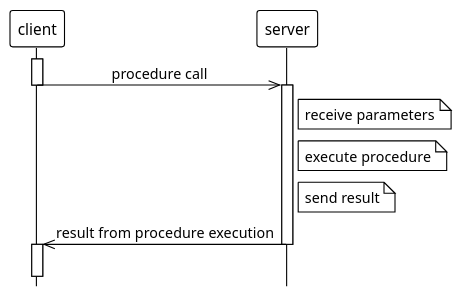
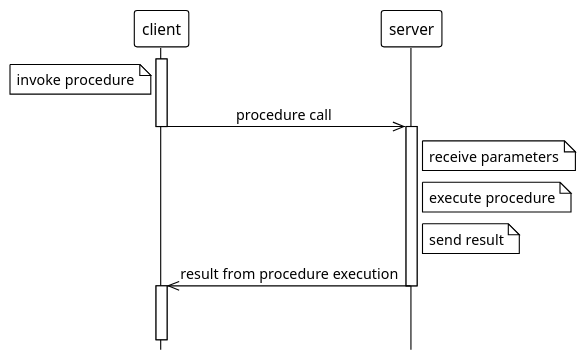
One commit to c0p4c4b4n4/grpc-grpc-java changed the diagram in grpc-java-examples/images/RPC.puml. Above: the diagram before and after it, drawn with PlantUML. The commit also changed 3 other files, not shown here.

```diff
--- a/grpc-java-examples/images/RPC.puml
+++ b/grpc-java-examples/images/RPC.puml
@@ -1,33 +1,33 @@
 @startuml
 '!pragma teoz true
 !theme mono
 scale 1.1
 'title Remote Procedure Calls (RPC)
 hide footbox
 'skinparam monochrome true
 skinparam TitleFontStyle plain
 'skinparam defaultFontName Source Sans Pro
 'skinparam titleFontSize 15
 skinparam sequenceMessageAlign center
 
 participant "client" as Client
 participant "server" as Server
 
 activate Client
-'note left of Client: invoke procedure
+note left of Client: invoke procedure
 Client ->> Server : procedure call
 deactivate Client
 activate Server
 
 note right of Server: receive parameters
 note right of Server: execute procedure
 note right of Server: send result
 
 Server ->> Client : result from procedure execution
 deactivate Server
 activate Client
 
-||20||
+||40||
 'client -[#white]->]
 
 @enduml
```
